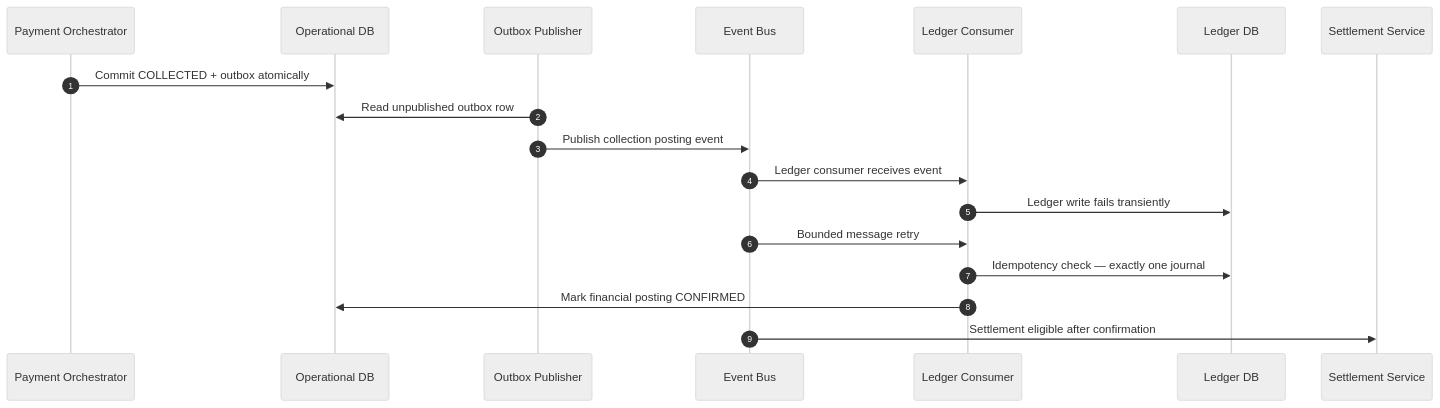
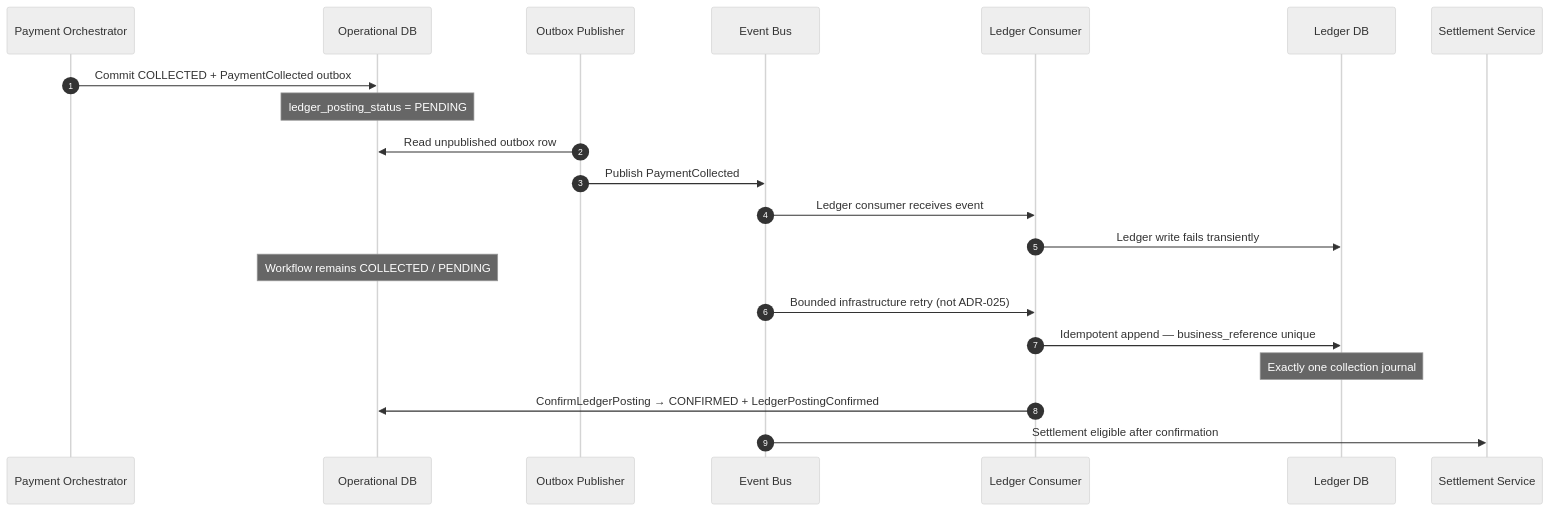
One commit to MR0808/sparelane-architecture changed the diagram in docs/design/operations/ledger-posting-recovery.md. Above: the diagram before and after it, drawn with Mermaid (neutral theme). The commit also changed other lines of this file and 42 other files, not shown here.

````diff
--- a/docs/design/operations/ledger-posting-recovery.md
+++ b/docs/design/operations/ledger-posting-recovery.md
@@ -36,21 +40,24 @@
 ```mermaid
 sequenceDiagram
     autonumber
     participant Orch as Payment Orchestrator
     participant ODB as Operational DB
     participant OB as Outbox Publisher
     participant Bus as Event Bus
     participant LC as Ledger Consumer
     participant LDB as Ledger DB
     participant SS as Settlement Service
 
-    Orch->>ODB: Commit COLLECTED + outbox atomically
+    Orch->>ODB: Commit COLLECTED + PaymentCollected outbox
+    Note over ODB: ledger_posting_status = PENDING
     OB->>ODB: Read unpublished outbox row
-    OB->>Bus: Publish collection posting event
+    OB->>Bus: Publish PaymentCollected
     Bus->>LC: Ledger consumer receives event
     LC->>LDB: Ledger write fails transiently
-    Bus->>LC: Bounded message retry
-    LC->>LDB: Idempotency check — exactly one journal
-    LC->>ODB: Mark financial posting CONFIRMED
+    Note over ODB: Workflow remains COLLECTED / PENDING
+    Bus->>LC: Bounded infrastructure retry (not ADR-025)
+    LC->>LDB: Idempotent append — business_reference unique
+    Note over LDB: Exactly one collection journal
+    LC->>ODB: ConfirmLedgerPosting → CONFIRMED + LedgerPostingConfirmed
     Bus->>SS: Settlement eligible after confirmation
 ```
````
